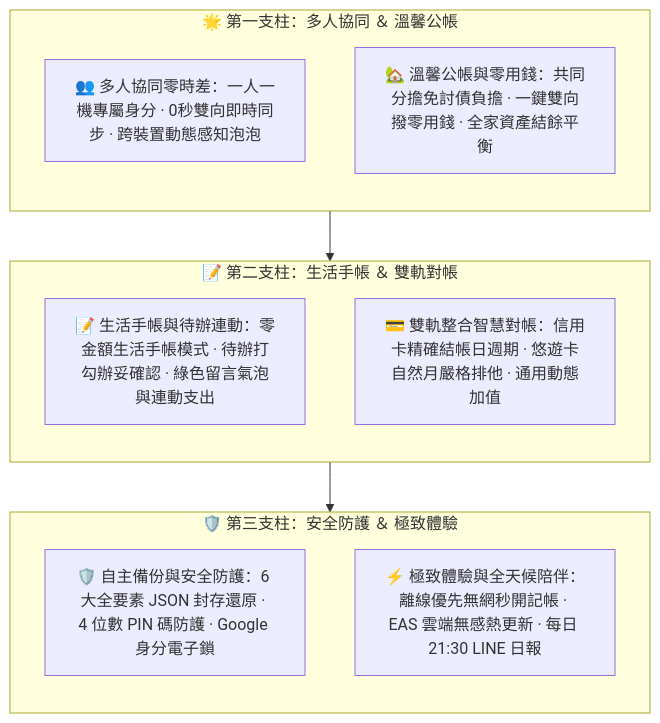
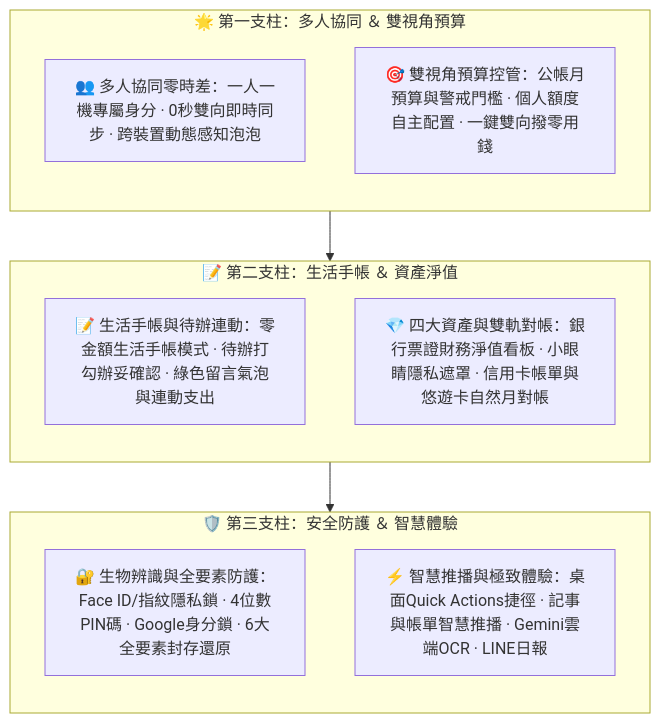
Before and after one commit to mattyu99/family-ledger: the diagram in PRODUCT_BROCHURE.md, drawn with Mermaid. The commit also changed other lines of this file and 3 other files, not shown here.

````diff
--- a/PRODUCT_BROCHURE.md
+++ b/PRODUCT_BROCHURE.md
@@ -44,22 +45,22 @@
 ```mermaid
 flowchart TD
-    subgraph P1 ["🌟 第一支柱：多人協同 ＆ 溫馨公帳"]
+    subgraph P1 ["🌟 第一支柱：多人協同 ＆ 雙視角預算"]
         direction TB
         V1["👥 多人協同零時差：一人一機專屬身分 · 0秒雙向即時同步 · 跨裝置動態感知泡泡"]
-        V2["🏡 溫馨公帳與零用錢：共同分擔免討債負擔 · 一鍵雙向撥零用錢 · 全家資產結餘平衡"]
+        V2["🎯 雙視角預算控管：公帳月預算與警戒門檻 · 個人額度自主配置 · 一鍵雙向撥零用錢"]
     end
 
-    subgraph P2 ["📝 第二支柱：生活手帳 ＆ 雙軌對帳"]
+    subgraph P2 ["📝 第二支柱：生活手帳 ＆ 資產淨值"]
         direction TB
         V3["📝 生活手帳與待辦連動：零金額生活手帳模式 · 待辦打勾辦妥確認 · 綠色留言氣泡與連動支出"]
-        V4["💳 雙軌整合智慧對帳：信用卡精確結帳日週期 · 悠遊卡自然月嚴格排他 · 通用動態加值"]
+        V4["💎 四大資產與雙軌對帳：銀行票證財務淨值看板 · 小眼睛隱私遮罩 · 信用卡帳單與悠遊卡自然月對帳"]
     end
 
-    subgraph P3 ["🛡️ 第三支柱：安全防護 ＆ 極致體驗"]
+    subgraph P3 ["🛡️ 第三支柱：安全防護 ＆ 智慧體驗"]
         direction TB
-        V5["🛡️ 自主備份與安全防護：6 大全要素 JSON 封存還原 · 4 位數 PIN 碼防護 · Google 身分電子鎖"]
-        V6["⚡ 極致體驗與全天候陪伴：離線優先無網秒開記帳 · EAS 雲端無感熱更新 · 每日 21:30 LINE 日報"]
+        V5["🔐 生物辨識與全要素防護：Face ID/指紋隱私鎖 · 4位數PIN碼 · Google身分鎖 · 6大全要素封存還原"]
+        V6["⚡ 智慧推播與極致體驗：桌面Quick Actions捷徑 · 記事與帳單智慧推播 · Gemini雲端OCR · LINE日報"]
     end
 
     P1 --> P2 --> P3
 ```
````
